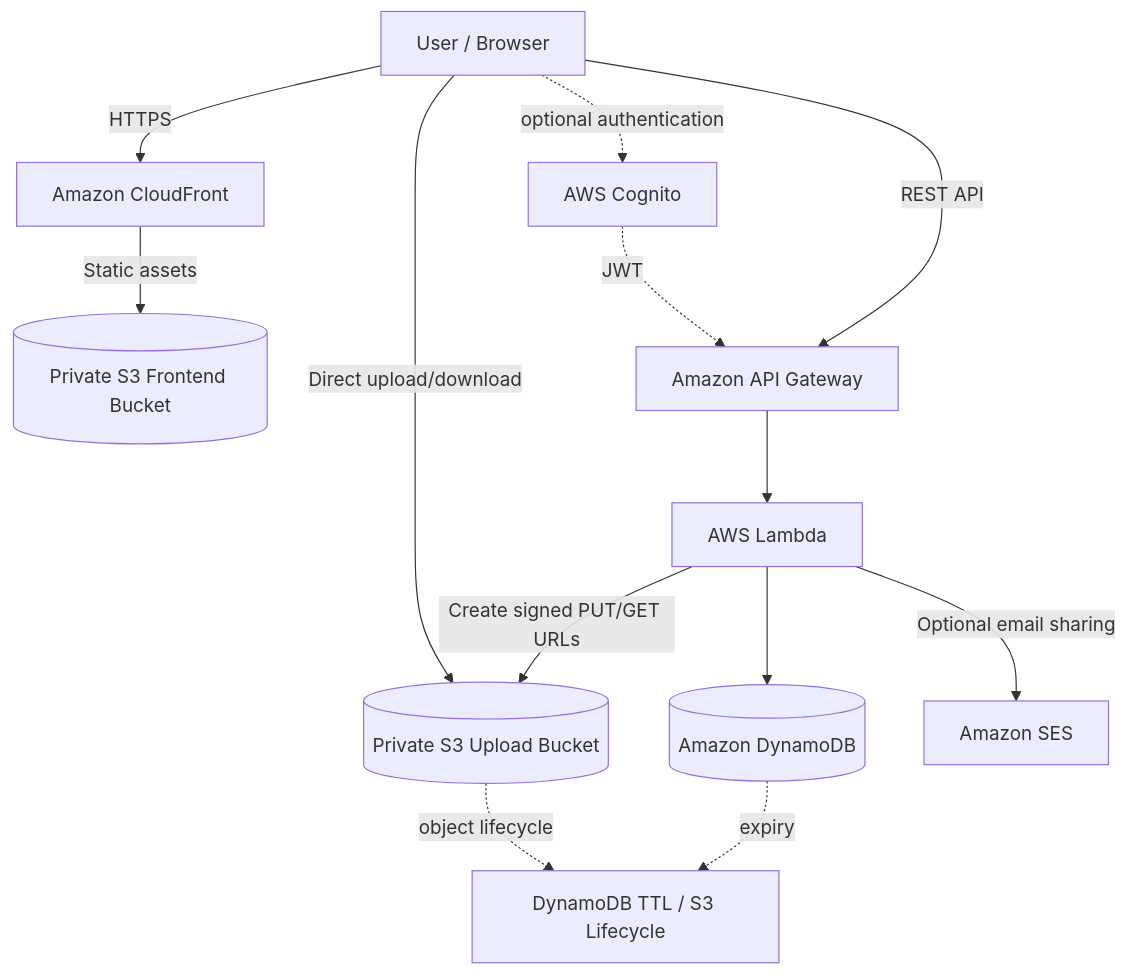
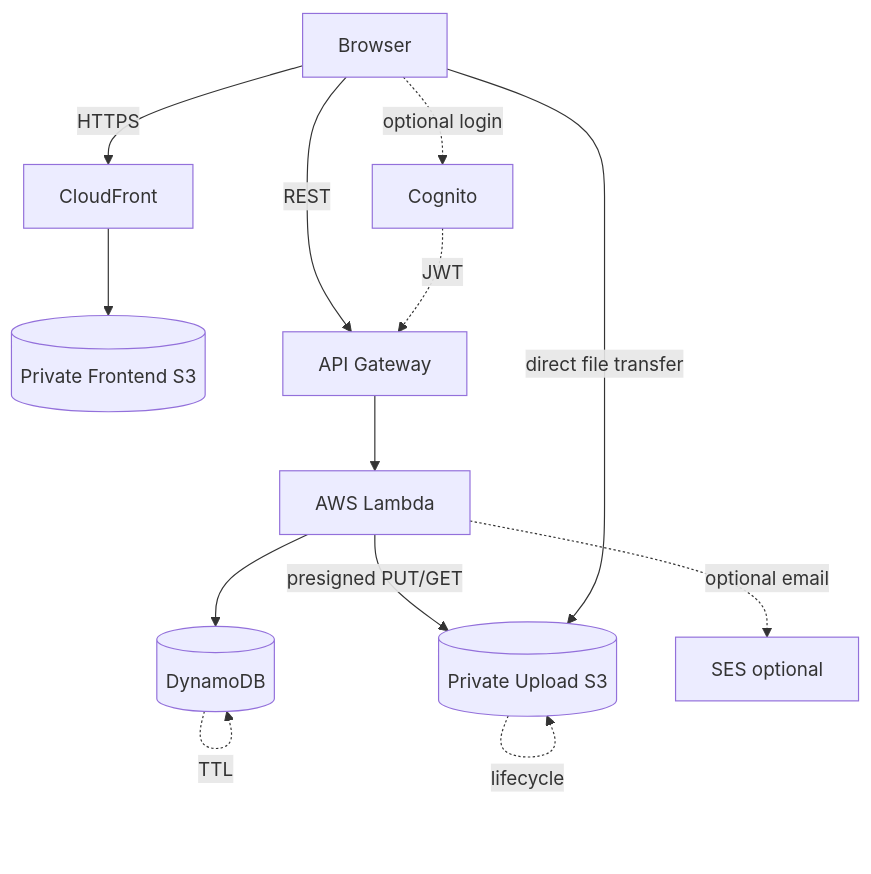
Before and after one commit to Ibad84671/cloud-drop: the first of 3 diagrams in README.md, drawn with Mermaid. The commit also changed other lines of this file, not shown here.

````diff
--- a/README.md
+++ b/README.md
@@ -75,26 +73,25 @@
 ```mermaid
 flowchart TD
-    U[User / Browser]
-    CF[Amazon CloudFront]
-    FE[(Private S3 Frontend Bucket)]
-    API[Amazon API Gateway]
-    L1[AWS Lambda]
-    DDB[(Amazon DynamoDB)]
-    S3[(Private S3 Upload Bucket)]
-    COG[AWS Cognito]
-    SES[Amazon SES]
-    TTL[DynamoDB TTL / S3 Lifecycle]
+    B[Browser]
+    CF[CloudFront]
+    FE[(Private Frontend S3)]
+    API[API Gateway]
+    L[AWS Lambda]
+    D[(DynamoDB)]
+    S[(Private Upload S3)]
+    C[Cognito]
+    E[SES optional]
 
-    U -->|HTTPS| CF
-    CF -->|Static assets| FE
-    U -->|REST API| API
-    API --> L1
-    L1 --> DDB
-    L1 -->|Create signed PUT/GET URLs| S3
-    U -->|Direct upload/download| S3
-    U -. optional authentication .-> COG
-    COG -. JWT .-> API
-    L1 -->|Optional email sharing| SES
-    DDB -. expiry .-> TTL
-    S3 -. object lifecycle .-> TTL
+    B -->|HTTPS| CF
+    CF --> FE
+    B -->|REST| API
+    API --> L
+    L --> D
+    L -->|presigned PUT/GET| S
+    B -->|direct file transfer| S
+    B -. optional login .-> C
+    C -. JWT .-> API
+    L -. optional email .-> E
+    D -. TTL .-> D
+    S -. lifecycle .-> S
 ```
````
